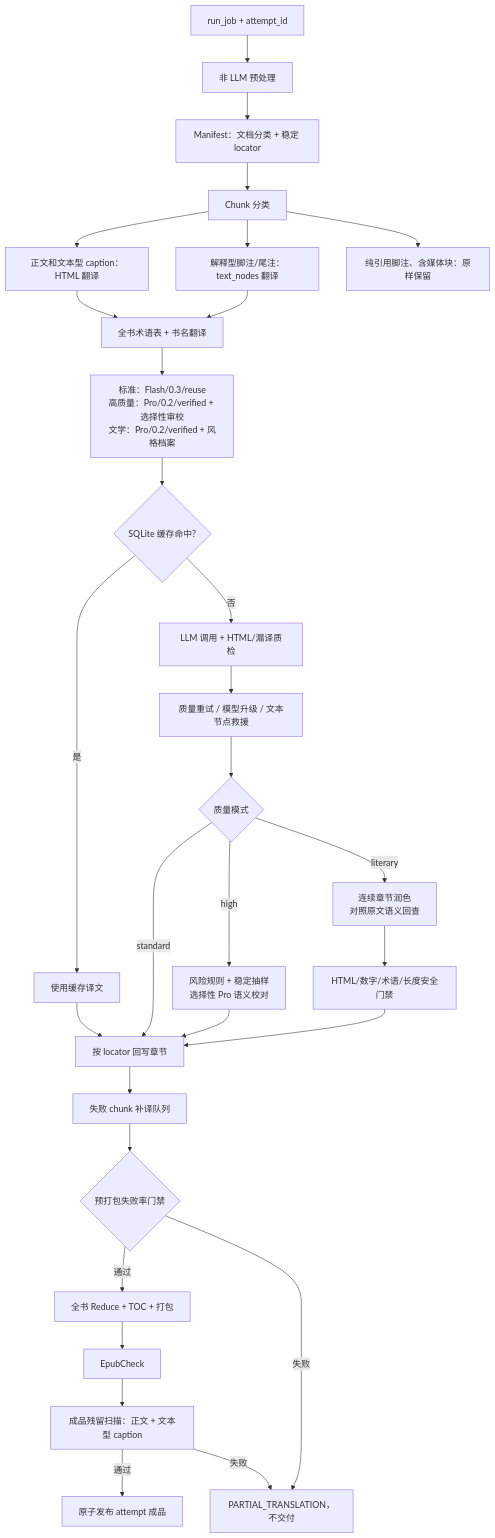
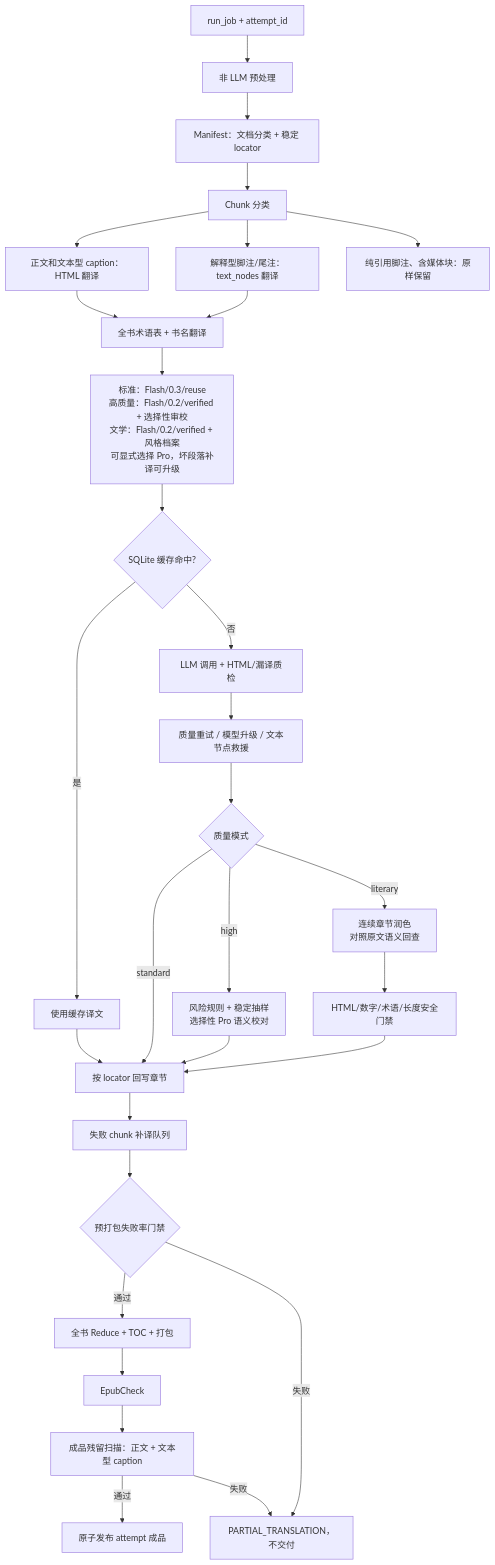
Before and after one commit to zengchanghuan/epub-factory: the second of 5 diagrams in docs/AI-TRANSLATION-DESIGN.md, drawn with Mermaid. The commit also changed other lines of this file and 62 other files, not shown here.

````diff
--- a/docs/AI-TRANSLATION-DESIGN.md
+++ b/docs/AI-TRANSLATION-DESIGN.md
@@ -99,32 +99,32 @@
 ```mermaid
 flowchart TD
     A["run_job + attempt_id"] --> B["非 LLM 预处理"]
     B --> C["Manifest：文档分类 + 稳定 locator"]
     C --> D["Chunk 分类"]
     D --> D1["正文和文本型 caption：HTML 翻译"]
     D --> D2["解释型脚注/尾注：text_nodes 翻译"]
     D --> D3["纯引用脚注、含媒体块：原样保留"]
     D1 --> E["全书术语表 + 书名翻译"]
     D2 --> E
-    E --> F["标准：Flash/0.3/reuse<br/>高质量：Pro/0.2/verified + 选择性审校<br/>文学：Pro/0.2/verified + 风格档案"]
+    E --> F["标准：Flash/0.3/reuse<br/>高质量：Flash/0.2/verified + 选择性审校<br/>文学：Flash/0.2/verified + 风格档案<br/>可显式选择 Pro，坏段落补译可升级"]
     F --> G{"SQLite 缓存命中?"}
     G -->|"是"| H["使用缓存译文"]
     G -->|"否"| I["LLM 调用 + HTML/漏译质检"]
     I --> J["质量重试 / 模型升级 / 文本节点救援"]
     J --> J2{"质量模式"}
     J2 -->|"standard"| K
     J2 -->|"high"| J3["风险规则 + 稳定抽样<br/>选择性 Pro 语义校对"]
     J2 -->|"literary"| J4["连续章节润色<br/>对照原文语义回查"]
     J3 --> K
     J4 --> J5["HTML/数字/术语/长度安全门禁"]
     J5 --> K
     H --> K["按 locator 回写章节"]
     K --> L["失败 chunk 补译队列"]
     L --> M{"预打包失败率门禁"}
     M -->|"通过"| N["全书 Reduce + TOC + 打包"]
     M -->|"失败"| X["PARTIAL_TRANSLATION，不交付"]
     N --> O["EpubCheck"]
     O --> P["成品残留扫描：正文 + 文本型 caption"]
     P -->|"通过"| Q["原子发布 attempt 成品"]
     P -->|"失败"| X
 ```
````
